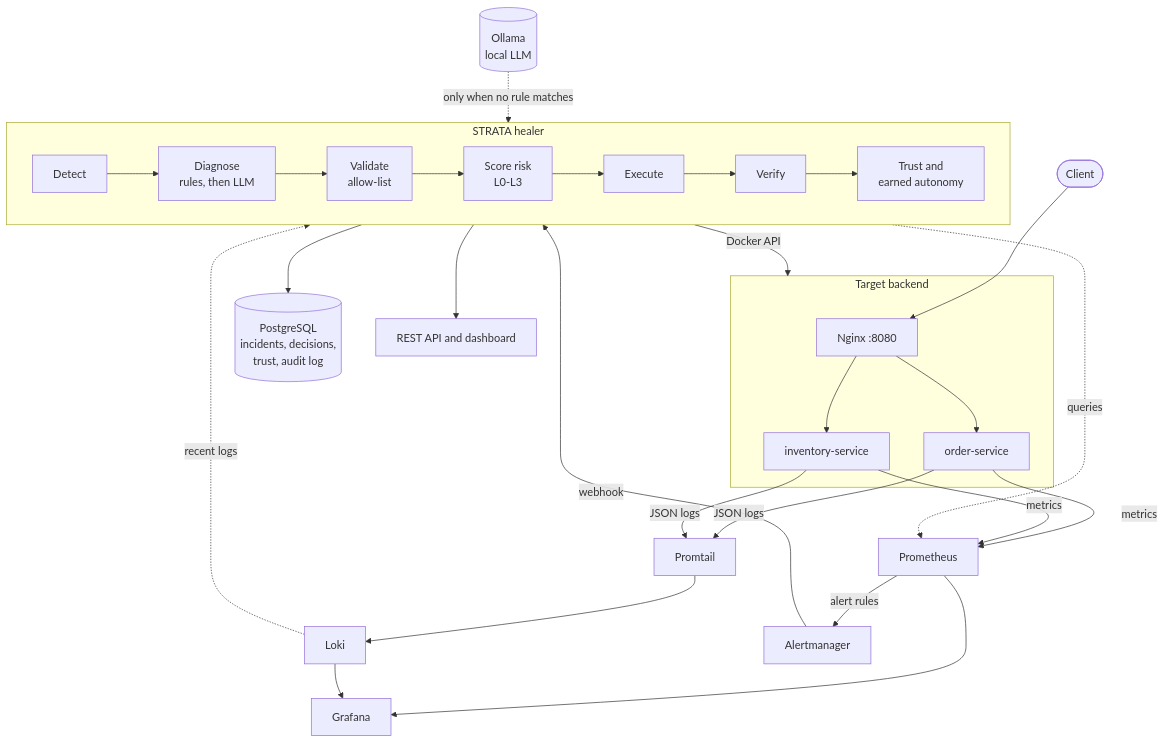
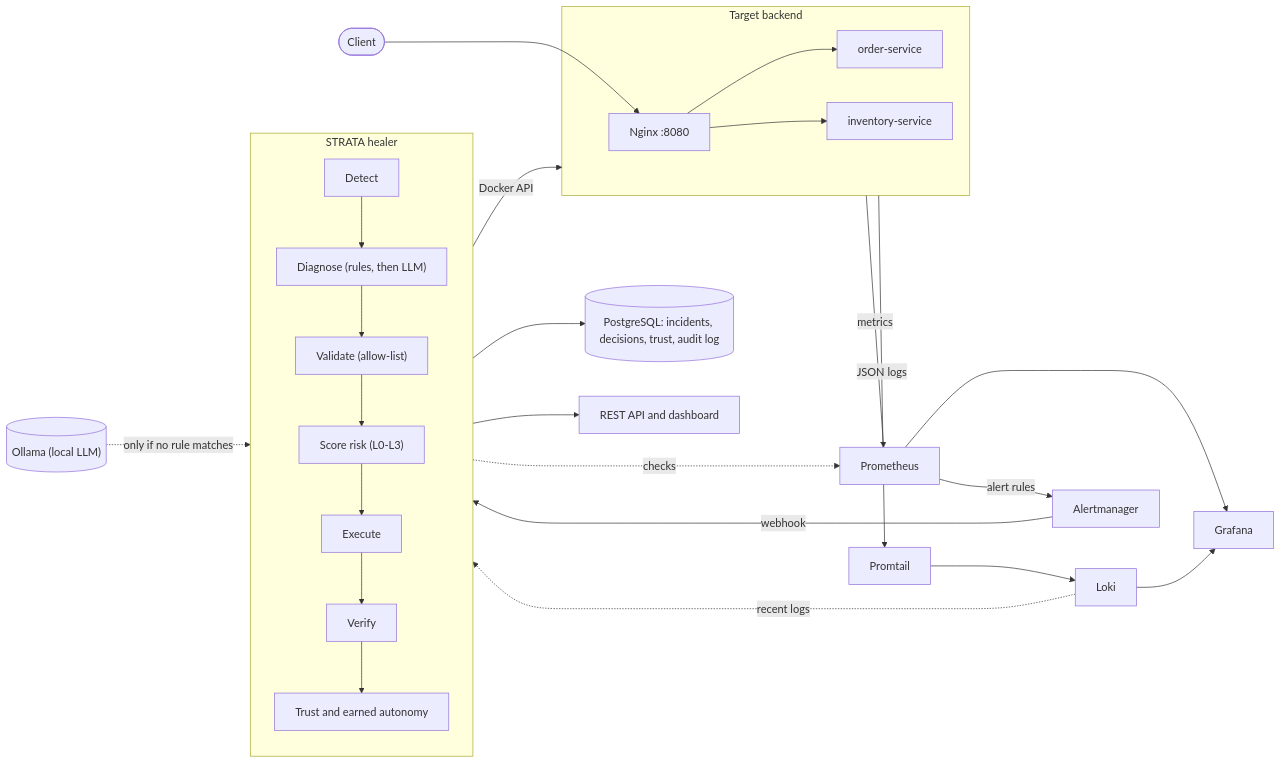
The first of 2 diagrams in README.md (saahiwrite/strata), drawn with Mermaid before and after one commit. The commit also changed other lines of this file, not shown here.

Commit message:
README: make the two diagrams readable on GitHub

````diff
--- a/README.md
+++ b/README.md
@@ -22,23 +22,25 @@
 ```mermaid
-flowchart TB
+flowchart LR
     client([Client]) --> nginx[Nginx :8080]
     subgraph target[Target backend]
         nginx --> order[order-service]
         nginx --> inventory[inventory-service]
     end
-    order & inventory -- metrics --> prom[Prometheus]
-    order & inventory -- JSON logs --> promtail[Promtail] --> loki[Loki]
+    target -- metrics --> prom[Prometheus]
+    target -- JSON logs --> promtail[Promtail] --> loki[Loki]
     prom -- alert rules --> am[Alertmanager]
-    am -- webhook --> healer
+    am -- webhook --> detect
     subgraph healer[STRATA healer]
-        direction LR
-        detect[Detect] --> diagnose[Diagnose<br/>rules, then LLM] --> validate[Validate<br/>allow-list] --> score[Score risk<br/>L0-L3] --> execute[Execute] --> verify[Verify] --> learn[Trust and<br/>earned autonomy]
+        direction TB
+        detect[Detect] --> diagnose["Diagnose (rules, then LLM)"] --> validate["Validate (allow-list)"]
+        validate --> score["Score risk (L0-L3)"] --> execute[Execute] --> verify[Verify] --> learn[Trust and earned autonomy]
     end
     loki -. recent logs .-> diagnose
-    ollama[(Ollama<br/>local LLM)] -. only when no rule matches .-> diagnose
+    ollama[("Ollama (local LLM)")] -. only if no rule matches .-> diagnose
     execute -- Docker API --> target
-    verify -. queries .-> prom
-    healer --> pg[(PostgreSQL<br/>incidents, decisions,<br/>trust, audit log)]
+    verify -. checks .-> prom
+    healer --> pg[("PostgreSQL: incidents, decisions, trust, audit log")]
     healer --> api[REST API and dashboard]
-    prom & loki --> grafana[Grafana]
+    prom --> grafana[Grafana]
+    loki --> grafana
 ```
````
